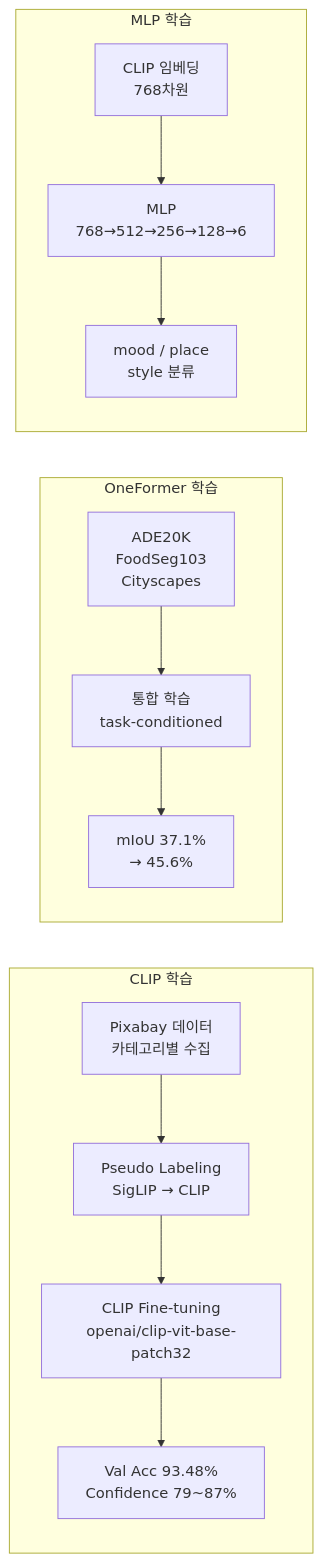
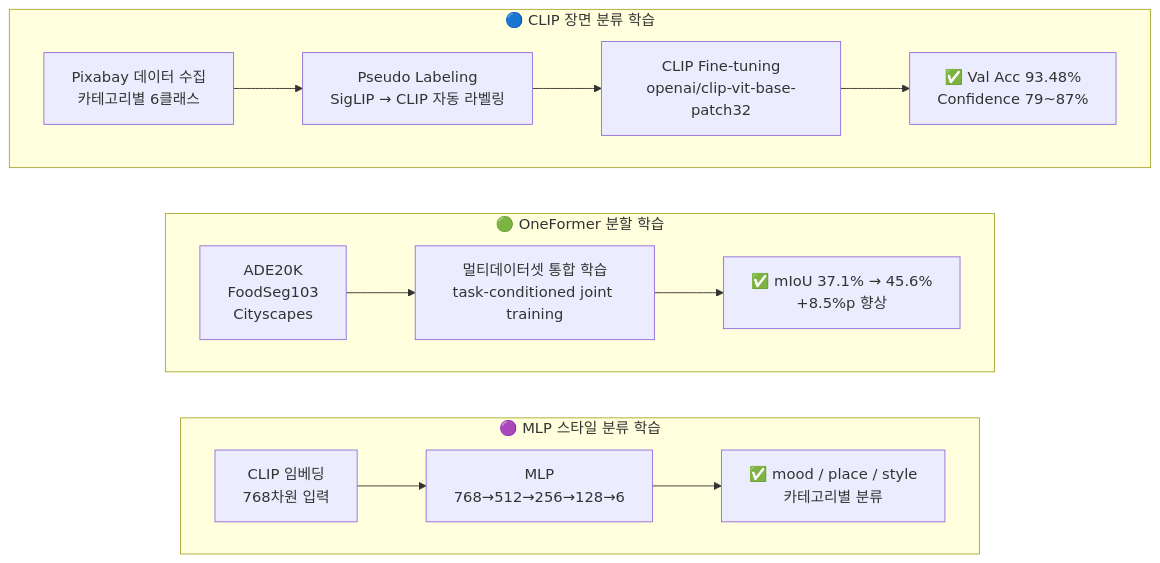
Before and after one commit to ysnni2/PhotoTrip: the second of 2 diagrams in README.md, drawn with Mermaid. The commit also changed other lines of this file, not shown here.

````diff
--- a/README.md
+++ b/README.md
@@ -115,18 +114,17 @@
 ```mermaid
-flowchart LR
-    subgraph CLIP 학습
-        A1[Pixabay 데이터\n카테고리별 수집] --> A2[Pseudo Labeling\nSigLIP → CLIP]
+flowchart TD
+    subgraph CLIP["🔵 CLIP 장면 분류 학습"]
+        A1[Pixabay 데이터 수집\n카테고리별 6클래스] --> A2[Pseudo Labeling\nSigLIP → CLIP 자동 라벨링]
         A2 --> A3[CLIP Fine-tuning\nopenai/clip-vit-base-patch32]
-        A3 --> A4[Val Acc 93.48%\nConfidence 79~87%]
+        A3 --> A4["✅ Val Acc 93.48%\nConfidence 79~87%"]
     end
-
-    subgraph OneFormer 학습
-        B1[ADE20K\nFoodSeg103\nCityscapes] --> B2[통합 학습\ntask-conditioned]
-        B2 --> B3[mIoU 37.1%\n→ 45.6%]
+    subgraph ONE["🟢 OneFormer 분할 학습"]
+        B1[ADE20K\nFoodSeg103\nCityscapes] --> B2[멀티데이터셋 통합 학습\ntask-conditioned joint training]
+        B2 --> B3["✅ mIoU 37.1% → 45.6%\n+8.5%p 향상"]
     end
-
-    subgraph MLP 학습
-        C1[CLIP 임베딩\n768차원] --> C2[MLP\n768→512→256→128→6]
-        C2 --> C3[mood / place\nstyle 분류]
+    subgraph MLP["🟣 MLP 스타일 분류 학습"]
+        C1[CLIP 임베딩\n768차원 입력] --> C2[MLP\n768→512→256→128→6]
+        C2 --> C3["✅ mood / place / style\n카테고리별 분류"]
     end
+    CLIP ~~~ ONE ~~~ MLP
 ```
````
